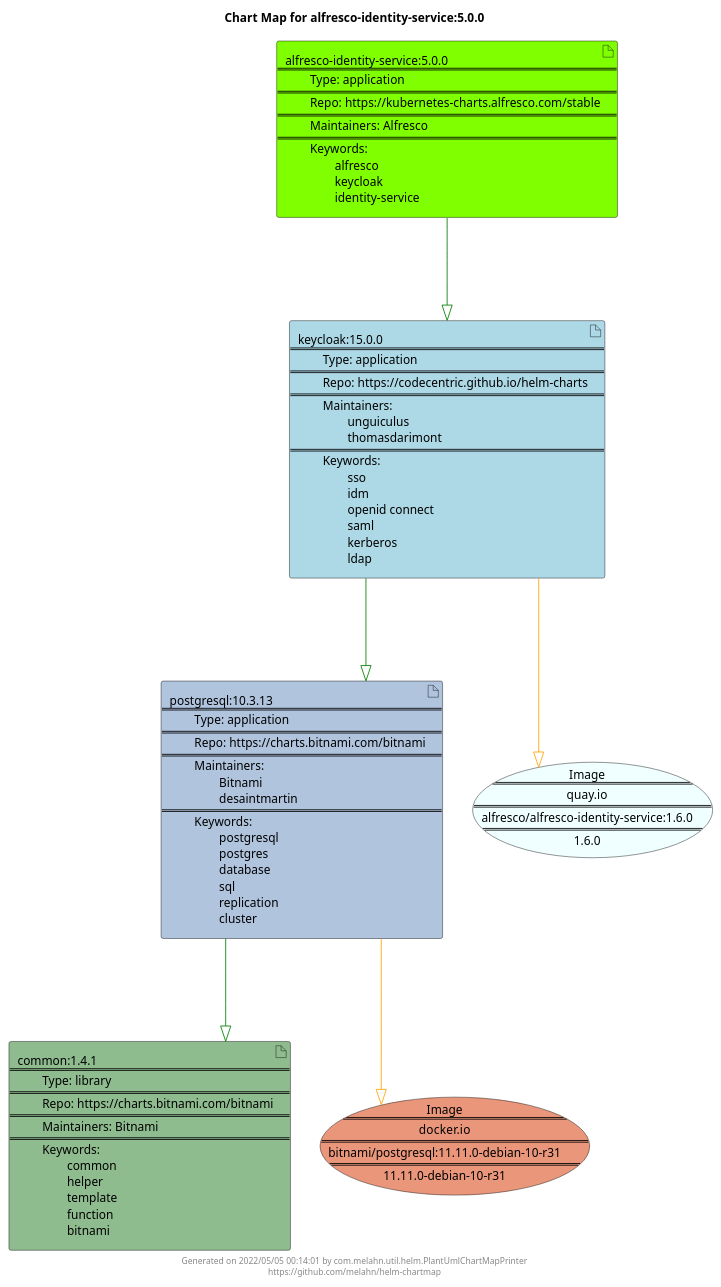
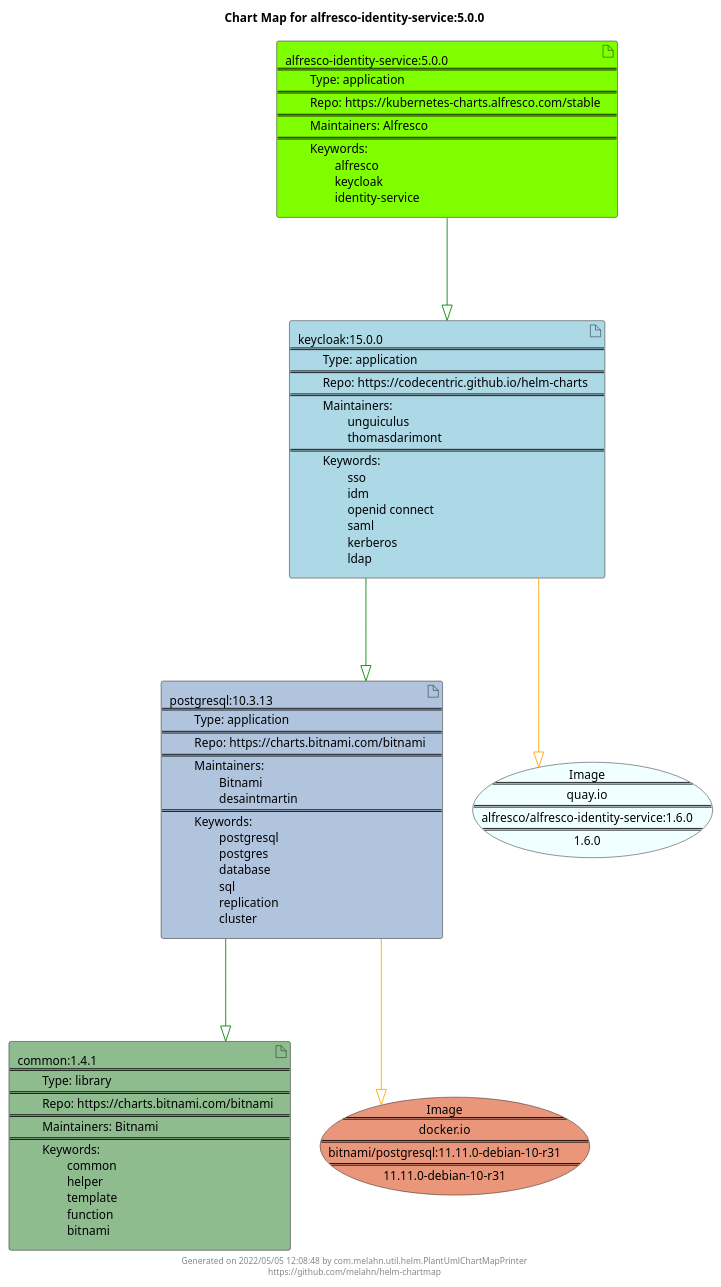
Before and after one commit to melahn/helm-chartmap: the diagram in docs/alfresco-identity-service/alfresco-identity-service-5.0.0.puml, drawn with PlantUML. The commit also changed 62 other files, not shown here.

Commit message:
Update Example Chart Maps as part of GitHub build

```diff
--- a/docs/alfresco-identity-service/alfresco-identity-service-5.0.0.puml
+++ b/docs/alfresco-identity-service/alfresco-identity-service-5.0.0.puml
@@ -1,29 +1,29 @@
 @startuml
 skinparam linetype ortho
 skinparam backgroundColor white
 skinparam usecaseBorderColor black
 skinparam usecaseArrowColor LightSlateGray
 skinparam artifactBorderColor black
 skinparam artifactArrowColor LightSlateGray
 
 title Chart Map for alfresco-identity-service:5.0.0
 
 'There are 4 referenced Helm Charts
 artifact "common:1.4.1\n====\n\tType: library\n====\n\tRepo: https://charts.bitnami.com/bitnami\n====\n\tMaintainers: Bitnami\n====\n\tKeywords: \n\t\tcommon\n\t\thelper\n\t\ttemplate\n\t\tfunction\n\t\tbitnami" as common_1_4_1 #DarkSeaGreen
 artifact "alfresco-identity-service:5.0.0\n====\n\tType: application\n====\n\tRepo: https://kubernetes-charts.alfresco.com/stable\n====\n\tMaintainers: Alfresco\n====\n\tKeywords: \n\t\talfresco\n\t\tkeycloak\n\t\tidentity-service" as alfresco_identity_service_5_0_0 #Chartreuse
 artifact "postgresql:10.3.13\n====\n\tType: application\n====\n\tRepo: https://charts.bitnami.com/bitnami\n====\n\tMaintainers: \n\t\tBitnami\n\t\tdesaintmartin\n====\n\tKeywords: \n\t\tpostgresql\n\t\tpostgres\n\t\tdatabase\n\t\tsql\n\t\treplication\n\t\tcluster" as postgresql_10_3_13 #LightSteelBlue
 artifact "keycloak:15.0.0\n====\n\tType: application\n====\n\tRepo: https://codecentric.github.io/helm-charts\n====\n\tMaintainers: \n\t\tunguiculus\n\t\tthomasdarimont\n====\n\tKeywords: \n\t\tsso\n\t\tidm\n\t\topenid connect\n\t\tsaml\n\t\tkerberos\n\t\tldap" as keycloak_15_0_0 #LightBlue
 
 'There are 2 referenced Docker Images
 usecase "Image\n====\nquay.io\n====\nalfresco/alfresco-identity-service:1.6.0\n====\n1.6.0" as quay_io_alfresco_alfresco_identity_service_1_6_0 #Azure
 usecase "Image\n====\ndocker.io\n====\nbitnami/postgresql:11.11.0-debian-10-r31\n====\n11.11.0-debian-10-r31" as docker_io_bitnami_postgresql_11_11_0_debian_10_r31 #DarkSalmon
 
 'Chart Dependencies
 alfresco_identity_service_5_0_0--[#green]-|>keycloak_15_0_0
 keycloak_15_0_0--[#green]-|>postgresql_10_3_13
 postgresql_10_3_13--[#green]-|>common_1_4_1
 postgresql_10_3_13--[#orange]-|>docker_io_bitnami_postgresql_11_11_0_debian_10_r31
 keycloak_15_0_0--[#orange]-|>quay_io_alfresco_alfresco_identity_service_1_6_0
 
-center footer Generated on 2022/05/05 00:14:01 by com.melahn.util.helm.PlantUmlChartMapPrinter\nhttps://github.com/melahn/helm-chartmap
+center footer Generated on 2022/05/05 12:08:48 by com.melahn.util.helm.PlantUmlChartMapPrinter\nhttps://github.com/melahn/helm-chartmap
 @enduml
```
